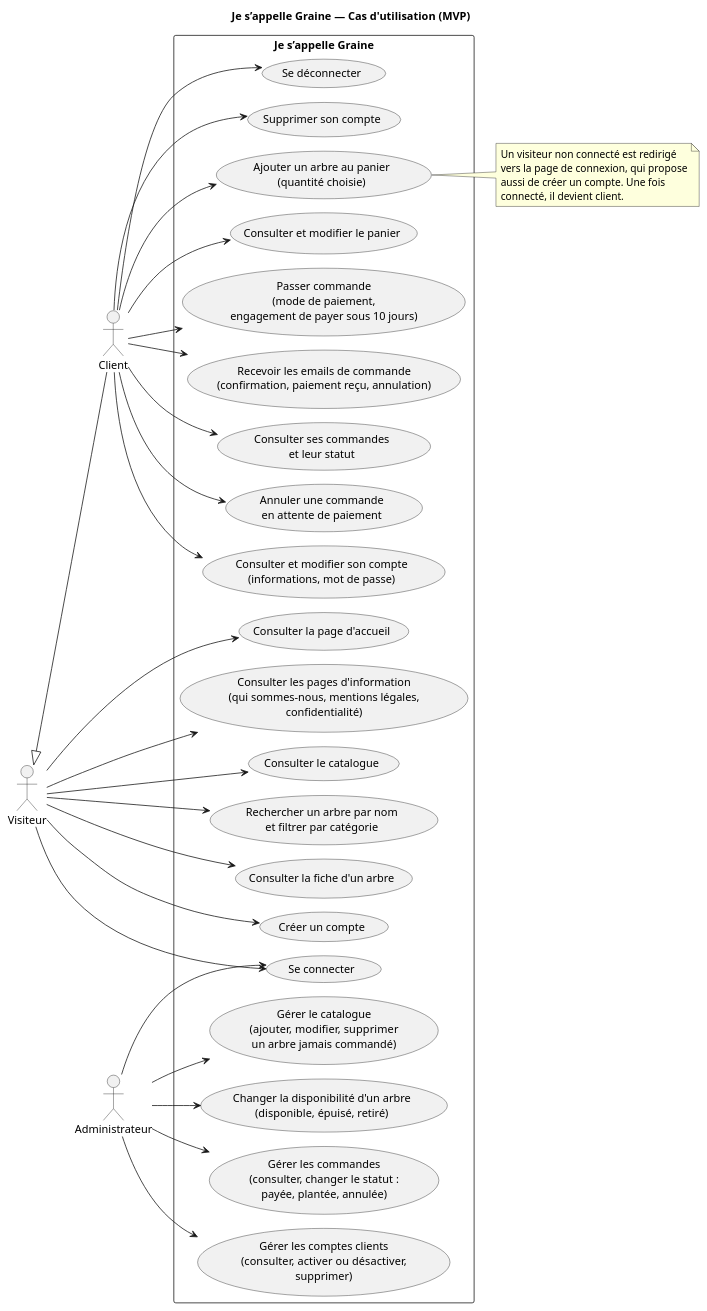
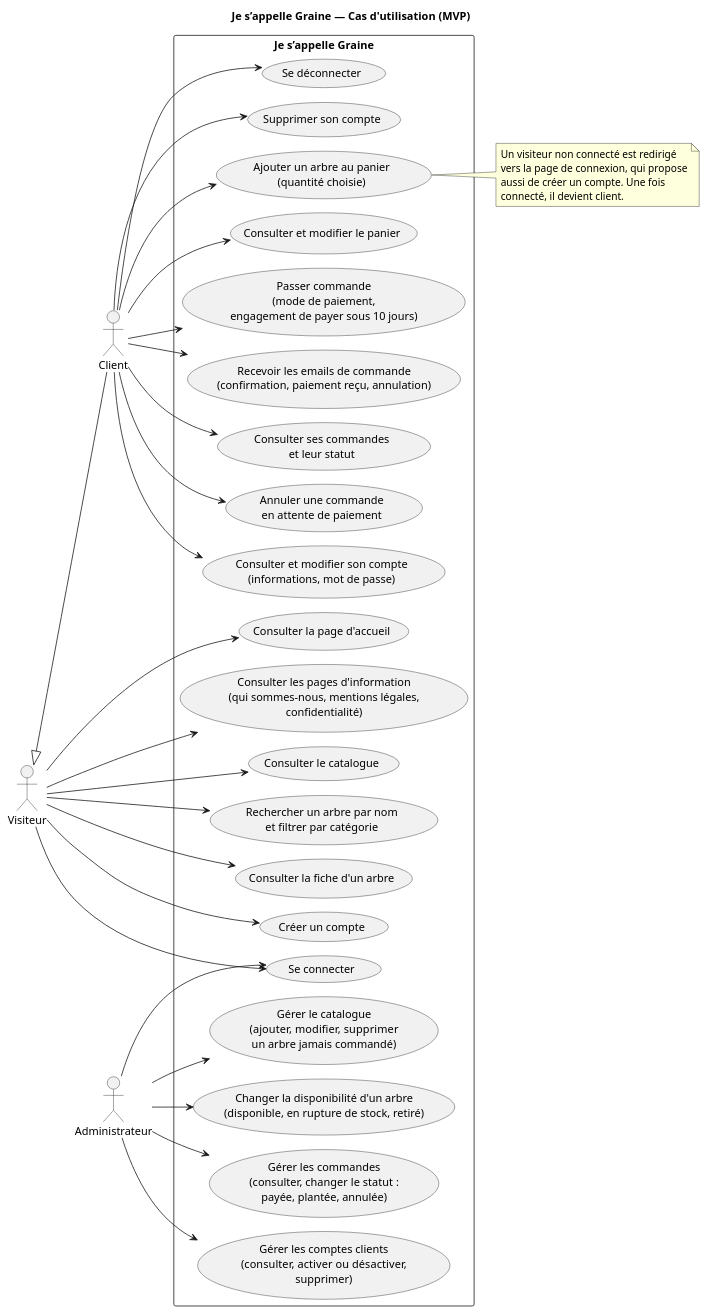
The diagram in docs/conception/diagrammes/02-diagramme-cas-utilisation.puml (DimitryDereppe/je-s-appelle-graine), drawn with PlantUML before and after one commit. The commit also changed 16 other files, not shown here.

```diff
--- a/docs/conception/diagrammes/02-diagramme-cas-utilisation.puml
+++ b/docs/conception/diagrammes/02-diagramme-cas-utilisation.puml
@@ -1,66 +1,66 @@
 @startuml 02-diagramme-cas-utilisation
 !pragma layout smetana
 left to right direction
 title Je s’appelle Graine — Cas d'utilisation (MVP)
 
 actor Visiteur as visitor
 actor Client as client
 actor Administrateur as admin
 client -up-|> visitor
 
 rectangle "Je s’appelle Graine" {
   usecase "Consulter la page d'accueil" as UC_home
   usecase "Consulter les pages d'information\n(qui sommes-nous, mentions légales,\nconfidentialité)" as UC_info
   usecase "Consulter le catalogue" as UC_catalog
   usecase "Rechercher un arbre par nom\net filtrer par catégorie" as UC_search
   usecase "Consulter la fiche d'un arbre" as UC_tree
   usecase "Créer un compte" as UC_signup
   usecase "Se connecter" as UC_login
 
   usecase "Ajouter un arbre au panier\n(quantité choisie)" as UC_add
   usecase "Consulter et modifier le panier" as UC_cart
   usecase "Passer commande\n(mode de paiement,\nengagement de payer sous 10 jours)" as UC_order
   usecase "Recevoir les emails de commande\n(confirmation, paiement reçu, annulation)" as UC_mail
   usecase "Consulter ses commandes\net leur statut" as UC_history
   usecase "Annuler une commande\nen attente de paiement" as UC_cancel
   usecase "Consulter et modifier son compte\n(informations, mot de passe)" as UC_account
   usecase "Se déconnecter" as UC_logout
   usecase "Supprimer son compte" as UC_delete
 
   usecase "Gérer le catalogue\n(ajouter, modifier, supprimer\nun arbre jamais commandé)" as UC_admin_trees
-  usecase "Changer la disponibilité d'un arbre\n(disponible, épuisé, retiré)" as UC_admin_avail
+  usecase "Changer la disponibilité d'un arbre\n(disponible, en rupture de stock, retiré)" as UC_admin_avail
   usecase "Gérer les commandes\n(consulter, changer le statut :\npayée, plantée, annulée)" as UC_admin_orders
   usecase "Gérer les comptes clients\n(consulter, activer ou désactiver,\nsupprimer)" as UC_admin_users
 }
 
 visitor --> UC_home
 visitor --> UC_info
 visitor --> UC_catalog
 visitor --> UC_search
 visitor --> UC_tree
 visitor --> UC_signup
 visitor --> UC_login
 
 client --> UC_add
 client --> UC_cart
 client --> UC_order
 client --> UC_mail
 client --> UC_history
 client --> UC_cancel
 client --> UC_account
 client --> UC_logout
 client --> UC_delete
 
 admin --> UC_login
 admin --> UC_admin_trees
 admin --> UC_admin_avail
 admin --> UC_admin_orders
 admin --> UC_admin_users
 
 note right of UC_add
   Un visiteur non connecté est redirigé
   vers la page de connexion, qui propose
   aussi de créer un compte. Une fois
   connecté, il devient client.
 end note
 @enduml
```
